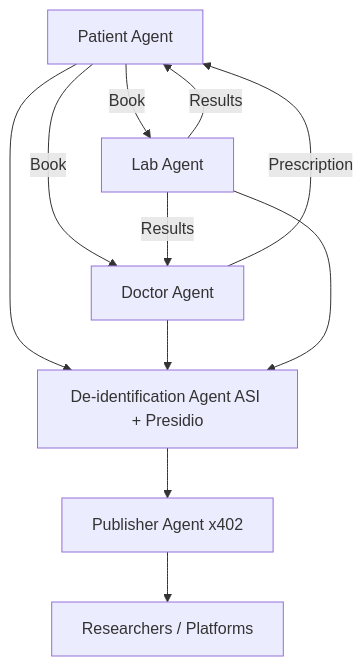
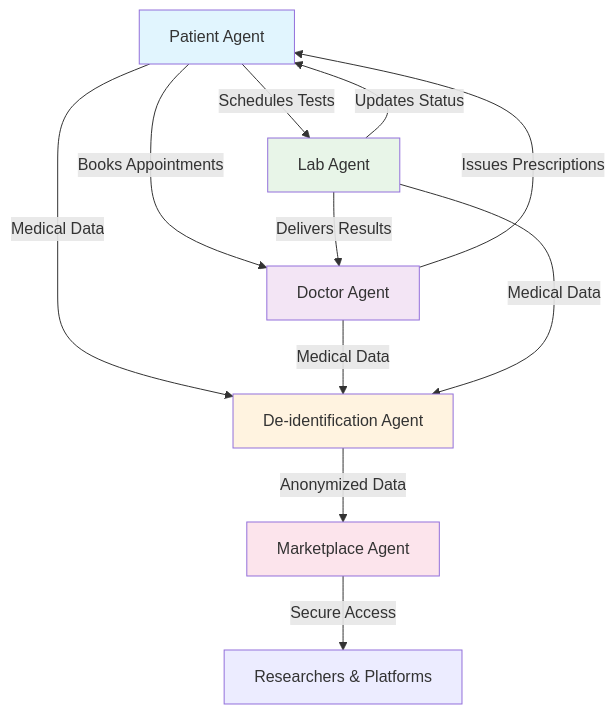
Before and after one commit to geetanshi0205/eth-global-new-delhi-asi: the diagram in README.md, drawn with Mermaid. The commit also changed other lines of this file, not shown here.

````diff
--- a/README.md
+++ b/README.md
@@ -61,12 +68,18 @@
 ```mermaid
 flowchart TD
-    P[Patient Agent] -->|Book| D[Doctor Agent]
-    P -->|Book| L[Lab Agent]
-    L -->|Results| D
-    L -->|Results| P
-    D -->|Prescription| P
+    PA[Patient Agent] -->|Books Appointments| DA[Doctor Agent]
+    PA -->|Schedules Tests| LA[Lab Agent]
+    LA -->|Delivers Results| DA
+    LA -->|Updates Status| PA
+    DA -->|Issues Prescriptions| PA
 
-    P & D & L --> DA[De-identification Agent ASI + Presidio]
-    DA --> PA[Publisher Agent x402]
-    PA --> R[Researchers / Platforms]
+    PA & DA & LA -->|Medical Data| DIA[De-identification Agent]
+    DIA -->|Anonymized Data| MA[Marketplace Agent]
+    MA -->|Secure Access| R[Researchers & Platforms]
+
+    style PA fill:#e1f5fe
+    style DA fill:#f3e5f5
+    style LA fill:#e8f5e8
+    style DIA fill:#fff3e0
+    style MA fill:#fce4ec
 ```
````
